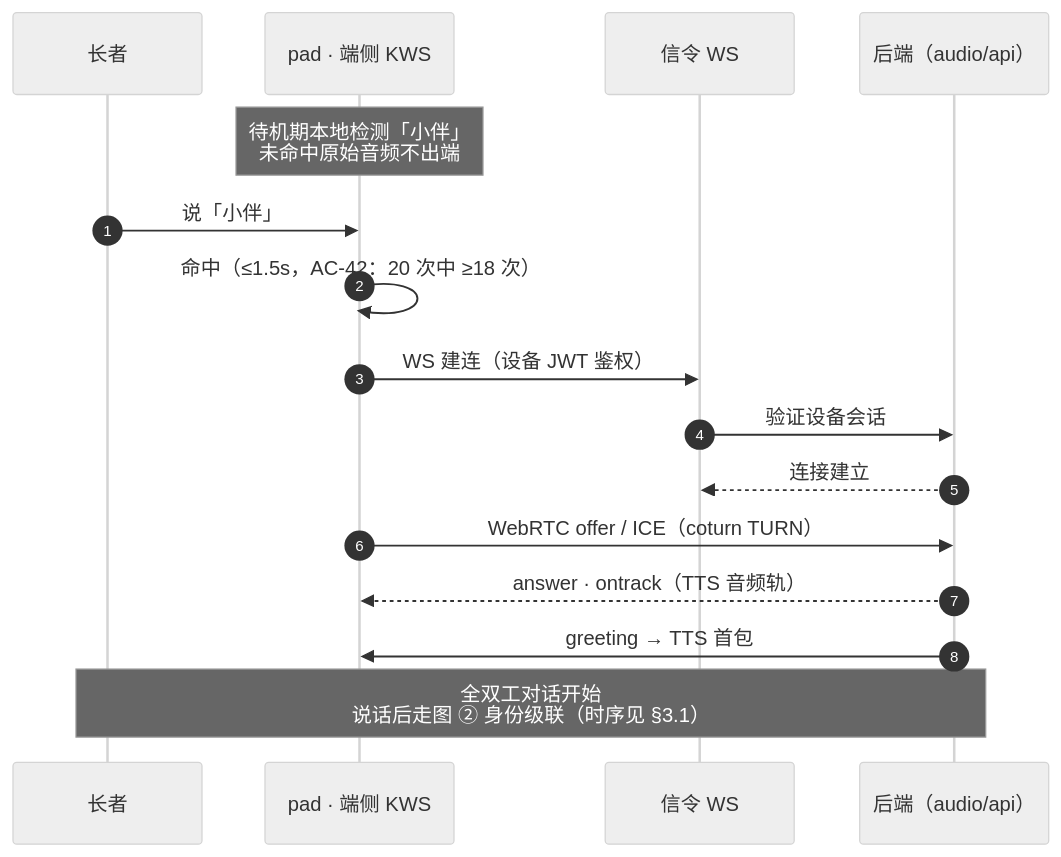
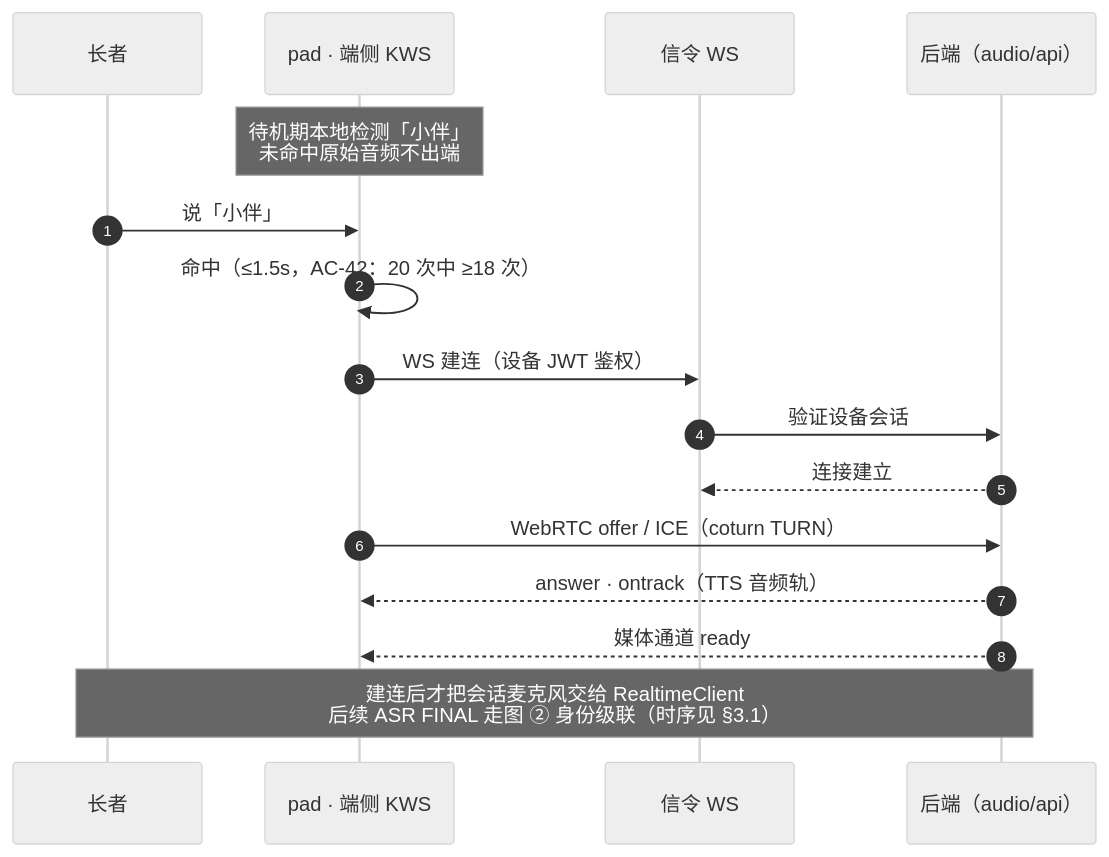
One commit to zha-yu/kangban changed the second of 10 diagrams in docs/plans/day04/day-04-3D与身份闭环.md. Above: the diagram before and after it, drawn with Mermaid (neutral theme). The commit also changed other lines of this file and 10 other files, not shown here.

````diff
--- a/docs/plans/day04/day-04-3D与身份闭环.md
+++ b/docs/plans/day04/day-04-3D与身份闭环.md
@@ -204,18 +207,18 @@
 ```mermaid
 sequenceDiagram
     autonumber
     participant E as 长者
     participant K as pad · 端侧 KWS
     participant WS as 信令 WS
     participant BE as 后端（audio/api）
     Note over K: 待机期本地检测「小伴」<br/>未命中原始音频不出端
     E->>K: 说「小伴」
     K->>K: 命中（≤1.5s，AC-42：20 次中 ≥18 次）
     K->>WS: WS 建连（设备 JWT 鉴权）
     WS->>BE: 验证设备会话
     BE-->>WS: 连接建立
     K->>BE: WebRTC offer / ICE（coturn TURN）
     BE-->>K: answer · ontrack（TTS 音频轨）
-    BE->>K: greeting → TTS 首包
-    Note over E,BE: 全双工对话开始<br/>说话后走图 ② 身份级联（时序见 §3.1）
+    BE-->>K: 媒体通道 ready
+    Note over E,BE: 建连后才把会话麦克风交给 RealtimeClient<br/>后续 ASR FINAL 走图 ② 身份级联（时序见 §3.1）
 ```
````
